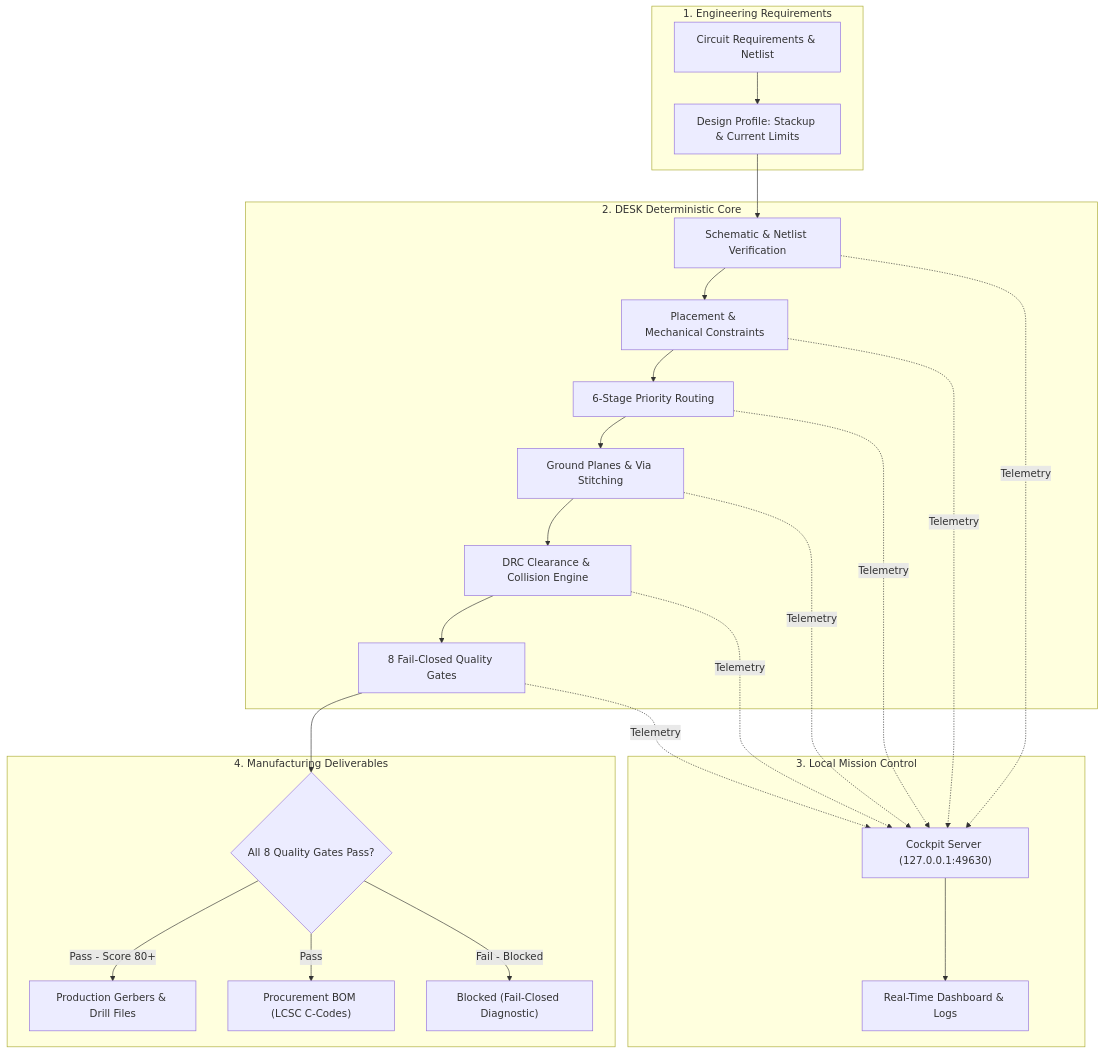
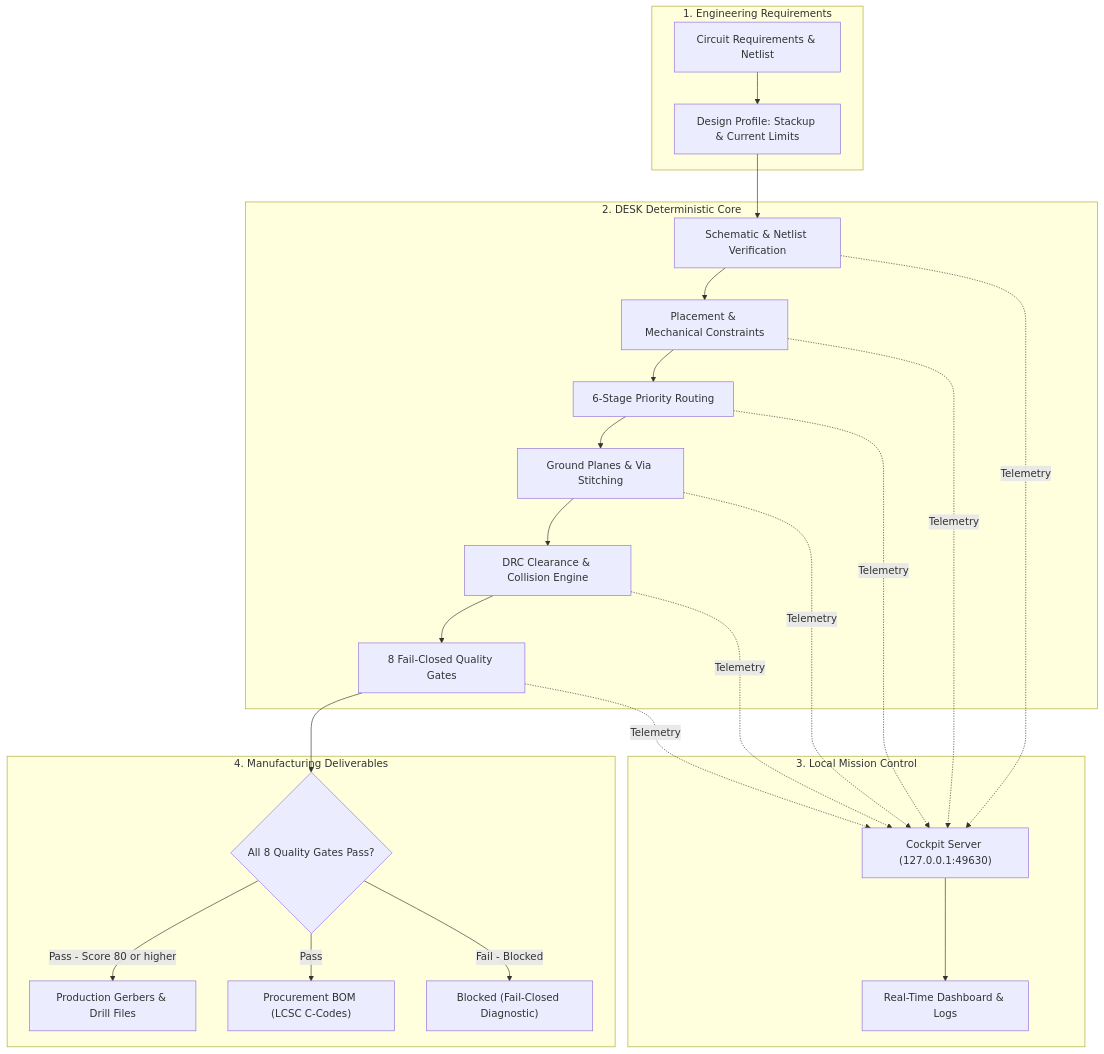
Before and after one commit to NijoP/DESK: the diagram in README.md, drawn with Mermaid. The commit also changed 6 other files, not shown here.

Commit message:
fix: resolve GitHub Mermaid parse error, connect live ECAD bridge telemetry & ground-truth dashboard artifacts

````diff
--- a/README.md
+++ b/README.md
@@ -148,44 +148,44 @@
 ```mermaid
 flowchart TD
     subgraph Input["1. Engineering Requirements"]
         REQ["Circuit Requirements & Netlist"]
         PROF["Design Profile: Stackup & Current Limits"]
     end
 
     subgraph DESK_Core["2. DESK Deterministic Core"]
         M1["Schematic & Netlist Verification"]
         M2["Placement & Mechanical Constraints"]
         M3["6-Stage Priority Routing"]
         M4["Ground Planes & Via Stitching"]
         M5["DRC Clearance & Collision Engine"]
         M6["8 Fail-Closed Quality Gates"]
     end
 
     subgraph Telemetry["3. Local Mission Control"]
         SRV["Cockpit Server (127.0.0.1:49630)"]
         UI["Real-Time Dashboard & Logs"]
     end
 
     subgraph Output["4. Manufacturing Deliverables"]
         GATES{"All 8 Quality Gates Pass?"}
         GERBER["Production Gerbers & Drill Files"]
         BOM["Procurement BOM (LCSC C-Codes)"]
         BLOCKED["Blocked (Fail-Closed Diagnostic)"]
     end
 
     REQ --> PROF --> M1
     M1 --> M2 --> M3 --> M4 --> M5 --> M6
 
     M1 -.->|Telemetry| SRV
     M2 -.->|Telemetry| SRV
     M3 -.->|Telemetry| SRV
     M4 -.->|Telemetry| SRV
     M5 -.->|Telemetry| SRV
     M6 -.->|Telemetry| SRV
     SRV --> UI
 
     M6 --> GATES
-    GATES -->|Pass - Score 80+| GERBER
+    GATES -->|Pass - Score 80 or higher| GERBER
     GATES -->|Pass| BOM
     GATES -->|Fail - Blocked| BLOCKED
 ```
````
